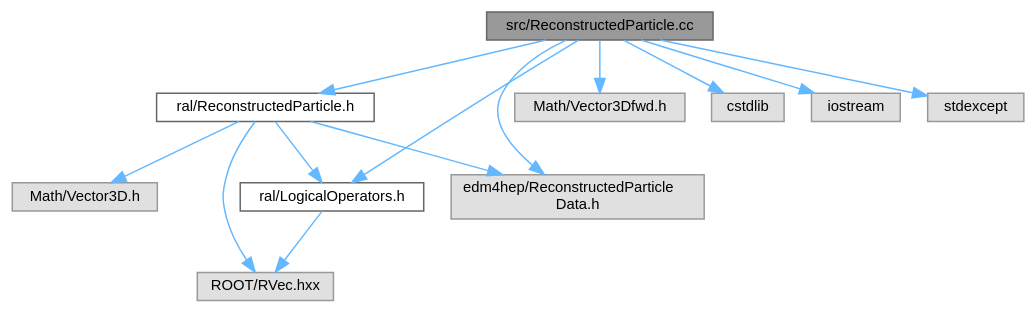
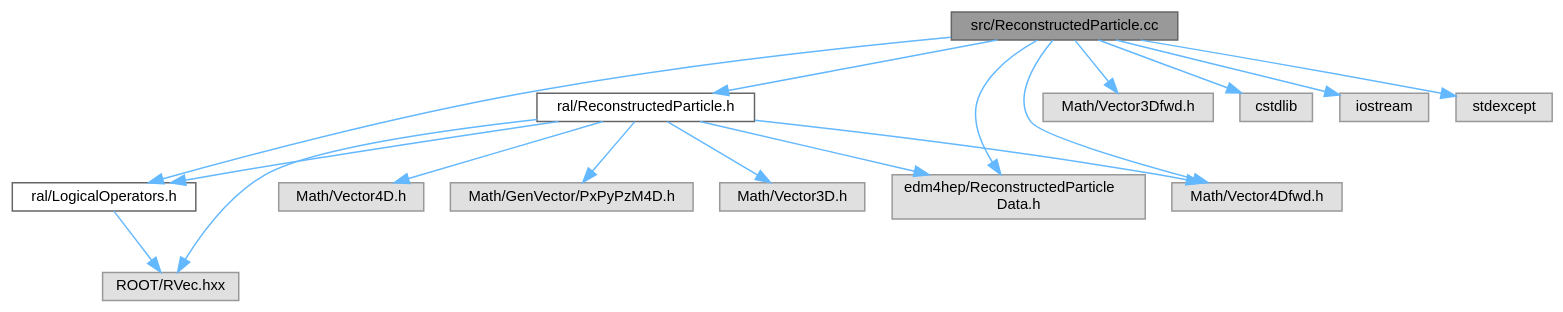
One commit to Juanki0396/ral changed the diagram in docs/ReconstructedParticle_8cc__incl.dot. Above: the diagram before and after it, drawn with Graphviz. The commit also changed 11 other files, not shown here.

```diff
--- a/docs/ReconstructedParticle_8cc__incl.dot
+++ b/docs/ReconstructedParticle_8cc__incl.dot
@@ -1,29 +1,36 @@
 digraph "src/ReconstructedParticle.cc"
 {
  // LATEX_PDF_SIZE
   bgcolor="transparent";
   edge [fontname=Helvetica,fontsize=10,labelfontname=Helvetica,labelfontsize=10];
   node [fontname=Helvetica,fontsize=10,shape=box,height=0.2,width=0.4];
   Node1 [id="Node000001",label="src/ReconstructedParticle.cc",height=0.2,width=0.4,color="gray40", fillcolor="grey60", style="filled", fontcolor="black",tooltip=" "];
   Node1 -> Node2 [id="edge1_Node000001_Node000002",color="steelblue1",style="solid",tooltip=" "];
   Node2 [id="Node000002",label="ral/ReconstructedParticle.h",height=0.2,width=0.4,color="grey40", fillcolor="white", style="filled",URL="$ReconstructedParticle_8h.html",tooltip=" "];
   Node2 -> Node3 [id="edge2_Node000002_Node000003",color="steelblue1",style="solid",tooltip=" "];
   Node3 [id="Node000003",label="Math/Vector3D.h",height=0.2,width=0.4,color="grey60", fillcolor="#E0E0E0", style="filled",tooltip=" "];
   Node2 -> Node4 [id="edge3_Node000002_Node000004",color="steelblue1",style="solid",tooltip=" "];
-  Node4 [id="Node000004",label="ROOT/RVec.hxx",height=0.2,width=0.4,color="grey60", fillcolor="#E0E0E0", style="filled",tooltip=" "];
+  Node4 [id="Node000004",label="Math/Vector4D.h",height=0.2,width=0.4,color="grey60", fillcolor="#E0E0E0", style="filled",tooltip=" "];
   Node2 -> Node5 [id="edge4_Node000002_Node000005",color="steelblue1",style="solid",tooltip=" "];
-  Node5 [id="Node000005",label="edm4hep/ReconstructedParticle\lData.h",height=0.2,width=0.4,color="grey60", fillcolor="#E0E0E0", style="filled",tooltip=" "];
+  Node5 [id="Node000005",label="ROOT/RVec.hxx",height=0.2,width=0.4,color="grey60", fillcolor="#E0E0E0", style="filled",tooltip=" "];
   Node2 -> Node6 [id="edge5_Node000002_Node000006",color="steelblue1",style="solid",tooltip=" "];
-  Node6 [id="Node000006",label="ral/LogicalOperators.h",height=0.2,width=0.4,color="grey40", fillcolor="white", style="filled",URL="$LogicalOperators_8h.html",tooltip=" "];
-  Node6 -> Node4 [id="edge6_Node000006_Node000004",color="steelblue1",style="solid",tooltip=" "];
-  Node1 -> Node6 [id="edge7_Node000001_Node000006",color="steelblue1",style="solid",tooltip=" "];
-  Node1 -> Node7 [id="edge8_Node000001_Node000007",color="steelblue1",style="solid",tooltip=" "];
-  Node7 [id="Node000007",label="Math/Vector3Dfwd.h",height=0.2,width=0.4,color="grey60", fillcolor="#E0E0E0", style="filled",tooltip=" "];
-  Node1 -> Node8 [id="edge9_Node000001_Node000008",color="steelblue1",style="solid",tooltip=" "];
-  Node8 [id="Node000008",label="cstdlib",height=0.2,width=0.4,color="grey60", fillcolor="#E0E0E0", style="filled",tooltip=" "];
-  Node1 -> Node5 [id="edge10_Node000001_Node000005",color="steelblue1",style="solid",tooltip=" "];
-  Node1 -> Node9 [id="edge11_Node000001_Node000009",color="steelblue1",style="solid",tooltip=" "];
-  Node9 [id="Node000009",label="iostream",height=0.2,width=0.4,color="grey60", fillcolor="#E0E0E0", style="filled",tooltip=" "];
-  Node1 -> Node10 [id="edge12_Node000001_Node000010",color="steelblue1",style="solid",tooltip=" "];
-  Node10 [id="Node000010",label="stdexcept",height=0.2,width=0.4,color="grey60", fillcolor="#E0E0E0", style="filled",tooltip=" "];
+  Node6 [id="Node000006",label="edm4hep/ReconstructedParticle\lData.h",height=0.2,width=0.4,color="grey60", fillcolor="#E0E0E0", style="filled",tooltip=" "];
+  Node2 -> Node7 [id="edge6_Node000002_Node000007",color="steelblue1",style="solid",tooltip=" "];
+  Node7 [id="Node000007",label="ral/LogicalOperators.h",height=0.2,width=0.4,color="grey40", fillcolor="white", style="filled",URL="$LogicalOperators_8h.html",tooltip=" "];
+  Node7 -> Node5 [id="edge7_Node000007_Node000005",color="steelblue1",style="solid",tooltip=" "];
+  Node2 -> Node8 [id="edge8_Node000002_Node000008",color="steelblue1",style="solid",tooltip=" "];
+  Node8 [id="Node000008",label="Math/GenVector/PxPyPzM4D.h",height=0.2,width=0.4,color="grey60", fillcolor="#E0E0E0", style="filled",tooltip=" "];
+  Node2 -> Node9 [id="edge9_Node000002_Node000009",color="steelblue1",style="solid",tooltip=" "];
+  Node9 [id="Node000009",label="Math/Vector4Dfwd.h",height=0.2,width=0.4,color="grey60", fillcolor="#E0E0E0", style="filled",tooltip=" "];
+  Node1 -> Node7 [id="edge10_Node000001_Node000007",color="steelblue1",style="solid",tooltip=" "];
+  Node1 -> Node10 [id="edge11_Node000001_Node000010",color="steelblue1",style="solid",tooltip=" "];
+  Node10 [id="Node000010",label="Math/Vector3Dfwd.h",height=0.2,width=0.4,color="grey60", fillcolor="#E0E0E0", style="filled",tooltip=" "];
+  Node1 -> Node9 [id="edge12_Node000001_Node000009",color="steelblue1",style="solid",tooltip=" "];
+  Node1 -> Node11 [id="edge13_Node000001_Node000011",color="steelblue1",style="solid",tooltip=" "];
+  Node11 [id="Node000011",label="cstdlib",height=0.2,width=0.4,color="grey60", fillcolor="#E0E0E0", style="filled",tooltip=" "];
+  Node1 -> Node6 [id="edge14_Node000001_Node000006",color="steelblue1",style="solid",tooltip=" "];
+  Node1 -> Node12 [id="edge15_Node000001_Node000012",color="steelblue1",style="solid",tooltip=" "];
+  Node12 [id="Node000012",label="iostream",height=0.2,width=0.4,color="grey60", fillcolor="#E0E0E0", style="filled",tooltip=" "];
+  Node1 -> Node13 [id="edge16_Node000001_Node000013",color="steelblue1",style="solid",tooltip=" "];
+  Node13 [id="Node000013",label="stdexcept",height=0.2,width=0.4,color="grey60", fillcolor="#E0E0E0", style="filled",tooltip=" "];
 }
```
